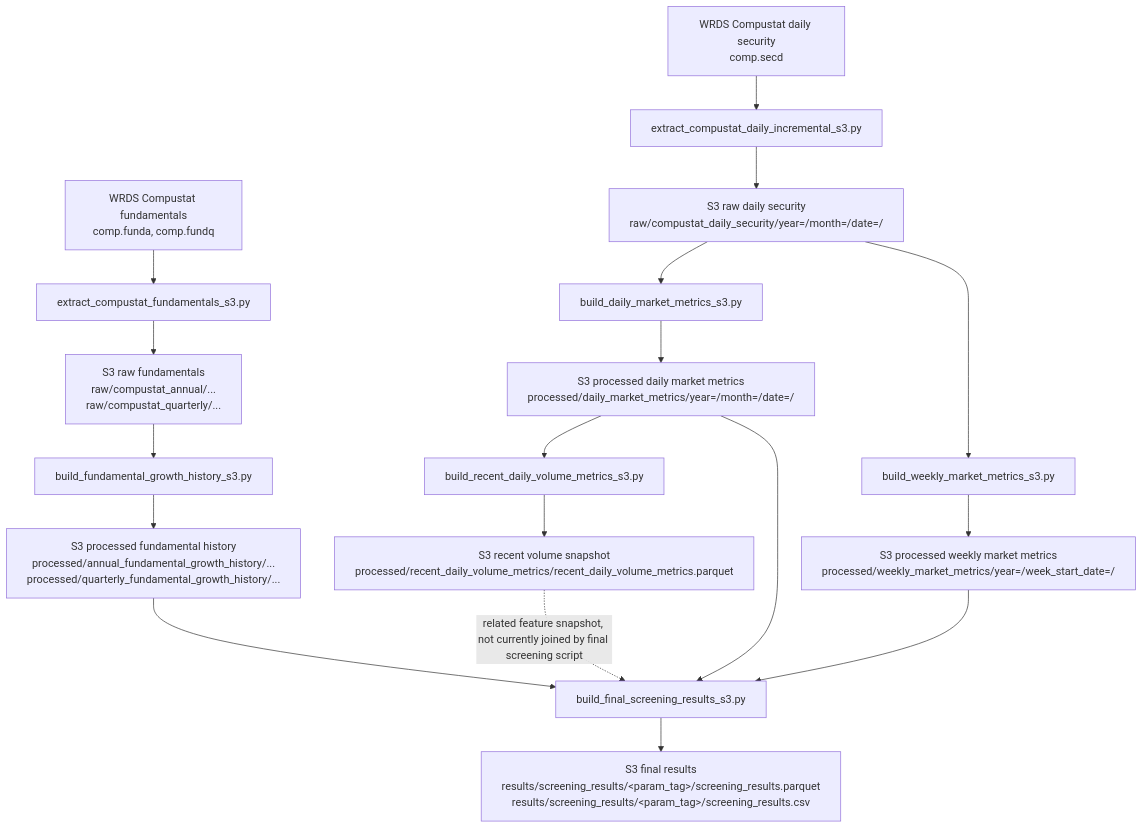
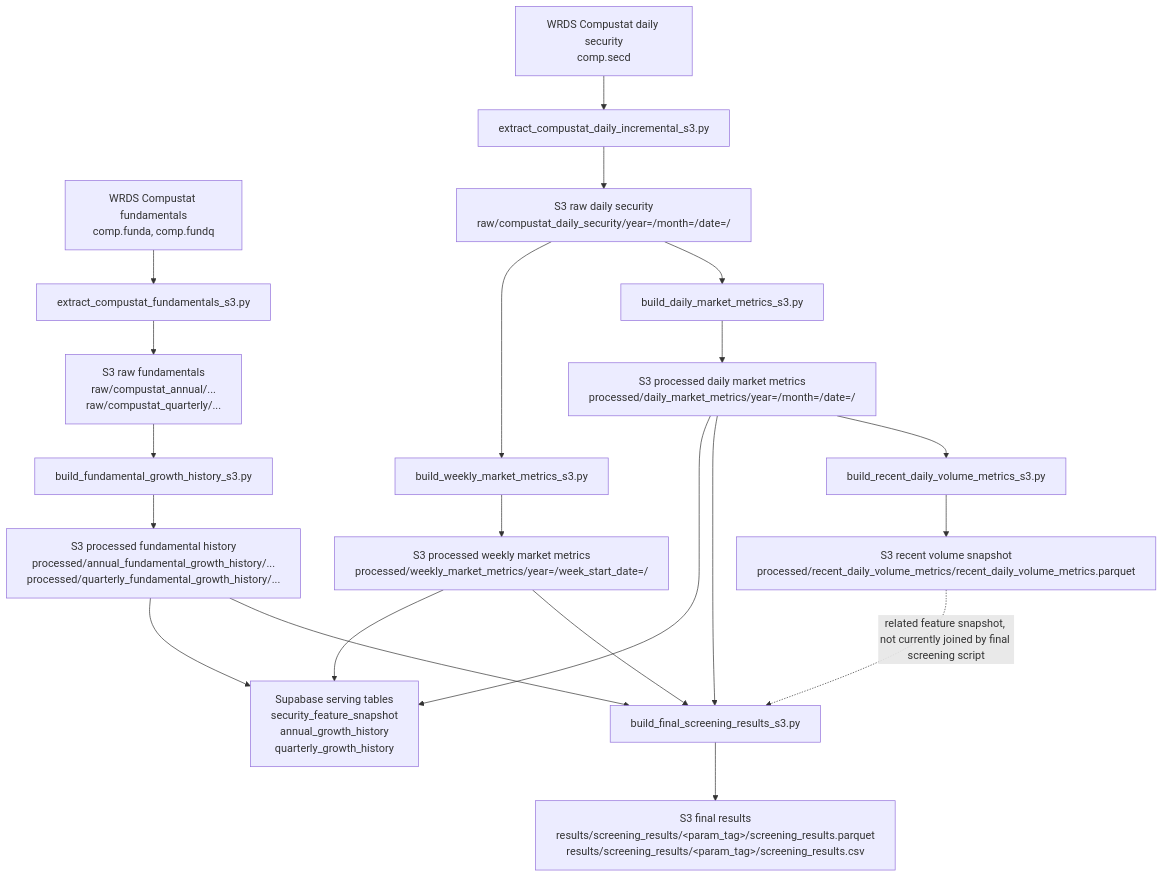
One commit to ysnoGit/nasdaq-stock-recommendation changed the diagram in docs/full_pipeline_data_flow.md. Above: the diagram before and after it, drawn with Mermaid. The commit also changed other lines of this file and 8 other files, not shown here.

````diff
--- a/docs/full_pipeline_data_flow.md
+++ b/docs/full_pipeline_data_flow.md
@@ -62,27 +63,31 @@
 ```mermaid
 flowchart TD
     WRDSF["WRDS Compustat fundamentals<br/>comp.funda, comp.fundq"] --> EF["extract_compustat_fundamentals_s3.py"]
     WRDSD["WRDS Compustat daily security<br/>comp.secd"] --> ED["extract_compustat_daily_incremental_s3.py"]
 
     EF --> RAWF["S3 raw fundamentals<br/>raw/compustat_annual/...<br/>raw/compustat_quarterly/..."]
     ED --> RAWD["S3 raw daily security<br/>raw/compustat_daily_security/year=/month=/date=/"]
 
     RAWF --> FGH["build_fundamental_growth_history_s3.py"]
     FGH --> PFH["S3 processed fundamental history<br/>processed/annual_fundamental_growth_history/...<br/>processed/quarterly_fundamental_growth_history/..."]
 
     RAWD --> DMM["build_daily_market_metrics_s3.py"]
     RAWD --> WMM["build_weekly_market_metrics_s3.py"]
 
     DMM --> PDM["S3 processed daily market metrics<br/>processed/daily_market_metrics/year=/month=/date=/"]
     WMM --> PWM["S3 processed weekly market metrics<br/>processed/weekly_market_metrics/year=/week_start_date=/"]
 
     PDM --> RDV["build_recent_daily_volume_metrics_s3.py"]
     RDV --> PRV["S3 recent volume snapshot<br/>processed/recent_daily_volume_metrics/recent_daily_volume_metrics.parquet"]
 
     PDM --> SCR["build_final_screening_results_s3.py"]
     PWM --> SCR
     PFH --> SCR
     PRV -. "related feature snapshot, not currently joined by final screening script" .-> SCR
 
     SCR --> RES["S3 final results<br/>results/screening_results/&lt;param_tag&gt;/screening_results.parquet<br/>results/screening_results/&lt;param_tag&gt;/screening_results.csv"]
+
+    PDM --> SUPA["Supabase serving tables<br/>security_feature_snapshot<br/>annual_growth_history<br/>quarterly_growth_history"]
+    PWM --> SUPA
+    PFH --> SUPA
 ```
````
